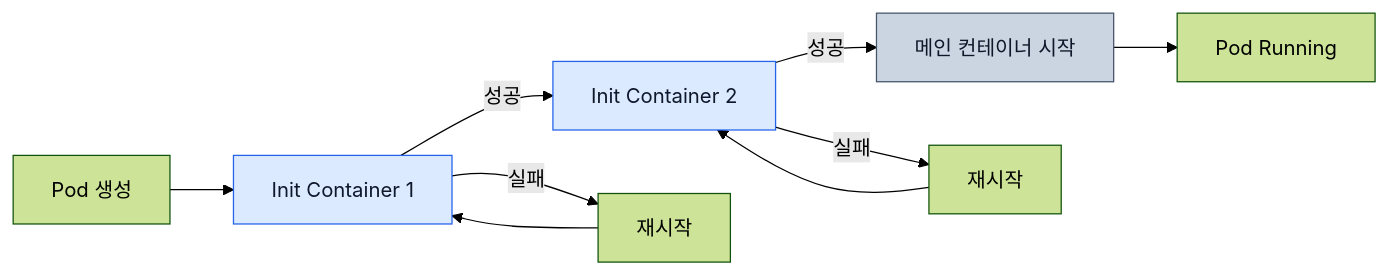
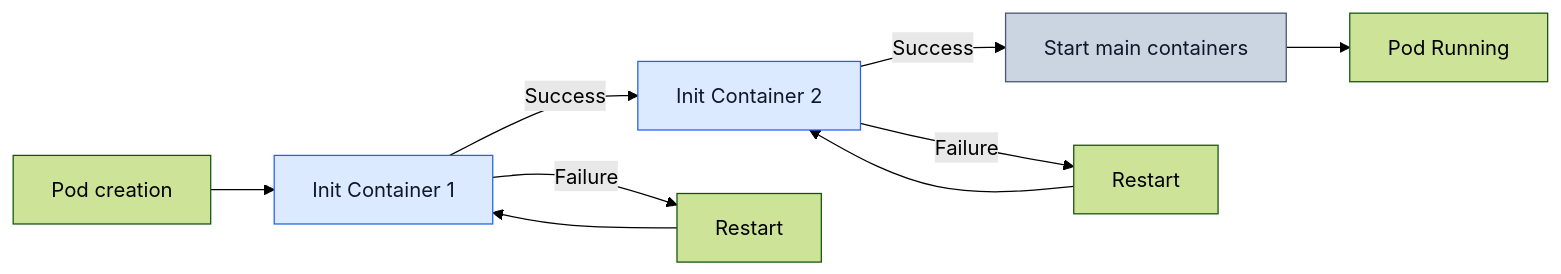
One commit to devfloor9/engineering-playbook changed the diagram in docs/eks-best-practices/operations-reliability/pod-lifecycle/init-containers.md. Above: the diagram before and after it, drawn with Mermaid (forest theme). The commit also changed other lines of this file and 954 other files, not shown here.

````diff
--- a/docs/eks-best-practices/operations-reliability/pod-lifecycle/init-containers.md
+++ b/docs/eks-best-practices/operations-reliability/pod-lifecycle/init-containers.md
@@ -34,17 +34,17 @@
 ```mermaid
 flowchart LR
-    START[Pod 생성] --> INIT1[Init Container 1]
-    INIT1 -->|성공| INIT2[Init Container 2]
-    INIT1 -->|실패| RESTART1[재시작]
+    START[Pod creation] --> INIT1[Init Container 1]
+    INIT1 -->|Success| INIT2[Init Container 2]
+    INIT1 -->|Failure| RESTART1[Restart]
     RESTART1 --> INIT1
 
-    INIT2 -->|성공| MAIN[메인 컨테이너 시작]
-    INIT2 -->|실패| RESTART2[재시작]
+    INIT2 -->|Success| MAIN[Start main containers]
+    INIT2 -->|Failure| RESTART2[Restart]
     RESTART2 --> INIT2
 
     MAIN --> RUNNING[Pod Running]
 
     style INIT1 fill:#dbeafe,stroke:#2563eb,color:#0f172a
     style INIT2 fill:#dbeafe,stroke:#2563eb,color:#0f172a
     style MAIN fill:#cbd5e1,stroke:#475569,color:#0f172a
 ```
````
